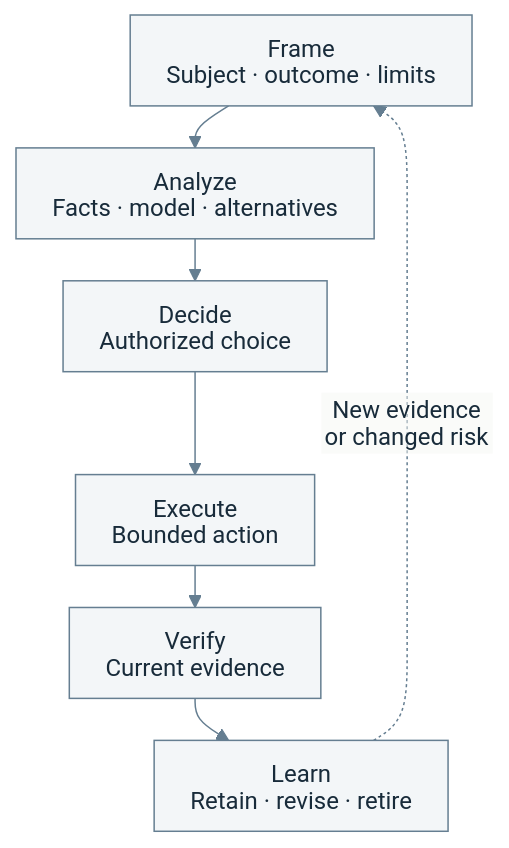
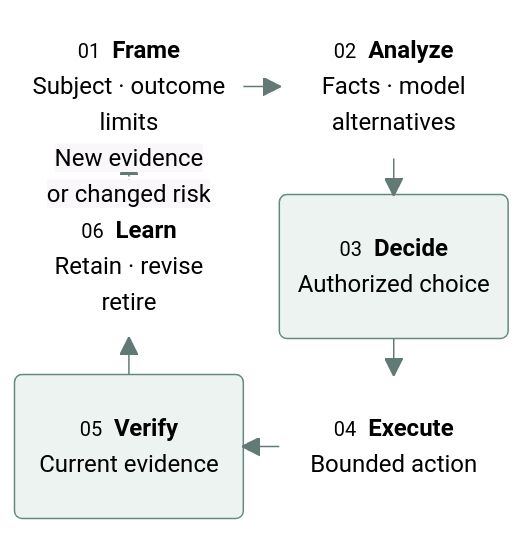
The diagram in docs/deliver.md (HengYangDS/data-department-work-guidelines), drawn with Mermaid before and after one commit. The commit also changed other lines of this file and 6 other files, not shown here.

Commit message:
docs(reading): compose compact maps with complete text alternatives

````diff
--- a/docs/deliver.md
+++ b/docs/deliver.md
@@ -34,30 +37,39 @@
 ```mermaid
 ---
 config:
   theme: base
   look: classic
-  htmlLabels: false
+  htmlLabels: true
   fontFamily: "system-ui, sans-serif"
   themeVariables:
     fontFamily: "system-ui, sans-serif"
     fontSize: "16px"
-    primaryColor: "#f3f6f8"
-    primaryTextColor: "#182b3a"
+    primaryColor: "#fbfaf7"
+    primaryTextColor: "#28373b"
     primaryBorderColor: "#657e91"
-    lineColor: "#657e91"
-  flowchart:
-    nodeSpacing: 24
-    rankSpacing: 28
-    padding: 12
-    wrappingWidth: 280
+    lineColor: "#627a75"
+  themeCSS: |
+    .nodeLabel { font-size: 14px; line-height: 1.35; }
+    .nodeLabel b { font-size: 16px; font-weight: 600; }
+    .nodeLabel small { font-size: 11px; font-weight: 500; letter-spacing: 0.75px; }
+    .edgeLabel { font-size: 12px; line-height: 1.25; }
+    .edgeLabel .label { transform-box: fill-box; transform: translate(8px, -50%); }
+  block:
+    padding: 24
 ---
-flowchart TB
-    accTitle: From a framed problem to a verified result and learning
-    accDescr: Frame, analyze, decide, execute, verify, and learn in order. New evidence or changed risk returns the work to framing.
-    F["Frame<br/>Subject · outcome · limits"] --> A["Analyze<br/>Facts · model · alternatives"]
-    A --> D["Decide<br/>Authorized choice"]
-    D --> E["Execute<br/>Bounded action"]
-    E --> V["Verify<br/>Current evidence"]
-    V --> L["Learn<br/>Retain · revise · retire"]
+block-beta
+    columns 2
+    F("<small>01</small>&nbsp; <b>Frame</b><br/>Subject · outcome<br/>limits") A("<small>02</small>&nbsp; <b>Analyze</b><br/>Facts · model<br/>alternatives")
+    L("<small>06</small>&nbsp; <b>Learn</b><br/>Retain · revise<br/>retire") D("<small>03</small>&nbsp; <b>Decide</b><br/>Authorized choice")
+    V("<small>05</small>&nbsp; <b>Verify</b><br/>Current evidence") E("<small>04</small>&nbsp; <b>Execute</b><br/>Bounded action")
+    F --> A
+    A --> D
+    D --> E
+    E --> V
+    V --> L
     L -. "New evidence<br/>or changed risk" .-> F
+    classDef default fill:none,stroke:none,color:#28373b
+    classDef authority fill:#edf3f1,stroke:#648a80,color:#234b42,stroke-width:1px
+    class D authority
+    class V authority
 ```
````
